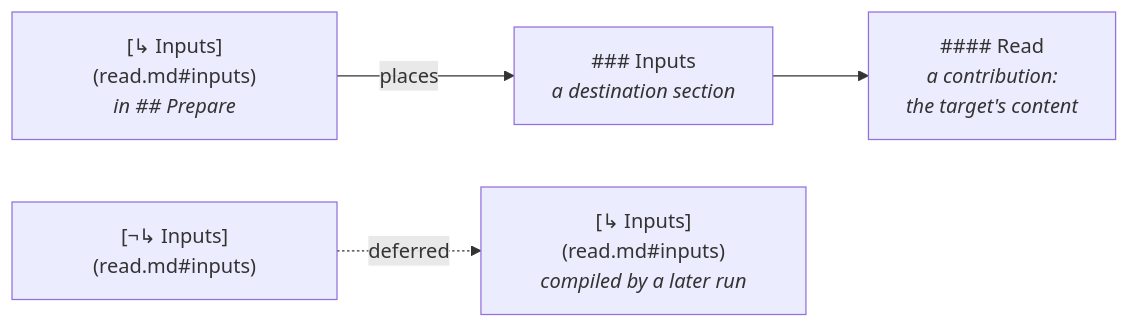
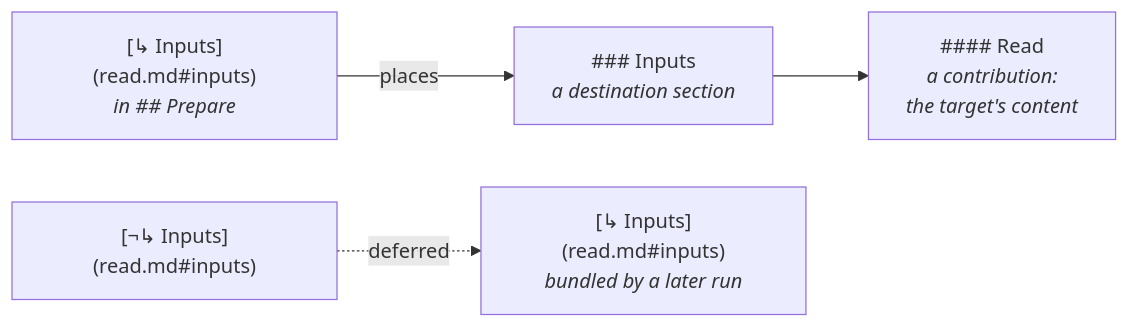
Before and after one commit to m2ux/prosiform: the sixth of 11 diagrams in docs/architecture.md, drawn with Mermaid. The commit also changed other lines of this file and 280 other files, not shown here.

````diff
--- a/docs/architecture.md
+++ b/docs/architecture.md
@@ -99,6 +99,6 @@
 ```mermaid
 flowchart LR
   Link["[↳ Inputs](read.md#inputs)<br/><i>in ## Prepare</i>"] -- "places" --> Dest["### Inputs<br/><i>a destination section</i>"]
   Dest --> Contrib["#### Read<br/><i>a contribution:<br/>the target's content</i>"]
-  Deferred["[¬↳ Inputs](read.md#inputs)"] -. "deferred" .-> Line["[↳ Inputs](read.md#inputs)<br/><i>compiled by a later run</i>"]
+  Deferred["[¬↳ Inputs](read.md#inputs)"] -. "deferred" .-> Line["[↳ Inputs](read.md#inputs)<br/><i>bundled by a later run</i>"]
 ```
````
